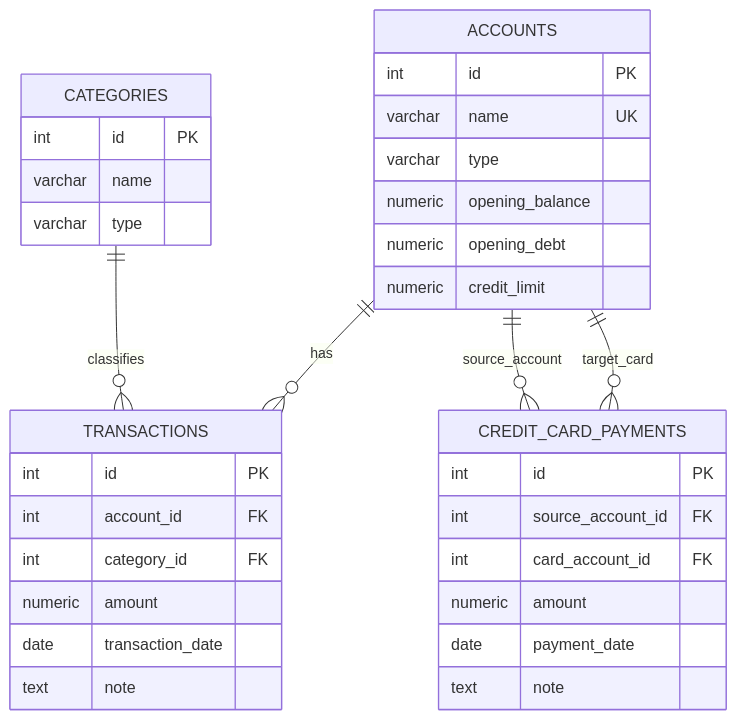
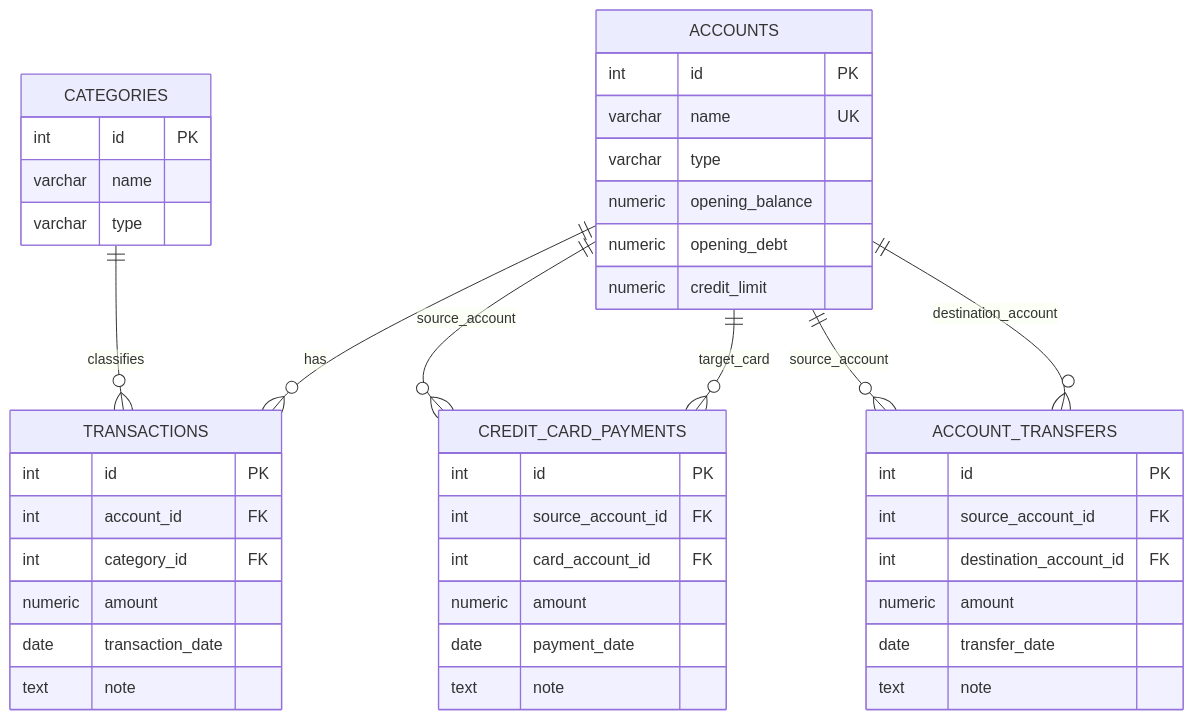
One commit to Jeysibn/monikey changed the second of 3 diagrams in docs/architecture/TLD.md. Above: the diagram before and after it, drawn with Mermaid. The commit also changed other lines of this file and 34 other files, not shown here.

Commit message:
feat(accounts): add liquid account transfers

````diff
--- a/docs/architecture/TLD.md
+++ b/docs/architecture/TLD.md
@@ -173,36 +173,46 @@
 ```mermaid
 erDiagram
     ACCOUNTS ||--o{ TRANSACTIONS : has
     CATEGORIES ||--o{ TRANSACTIONS : classifies
     ACCOUNTS ||--o{ CREDIT_CARD_PAYMENTS : source_account
     ACCOUNTS ||--o{ CREDIT_CARD_PAYMENTS : target_card
+    ACCOUNTS ||--o{ ACCOUNT_TRANSFERS : source_account
+    ACCOUNTS ||--o{ ACCOUNT_TRANSFERS : destination_account
     ACCOUNTS {
       int id PK
       varchar name UK
       varchar type
       numeric opening_balance
       numeric opening_debt
       numeric credit_limit
     }
     CATEGORIES {
       int id PK
       varchar name
       varchar type
     }
     TRANSACTIONS {
       int id PK
       int account_id FK
       int category_id FK
       numeric amount
       date transaction_date
       text note
     }
     CREDIT_CARD_PAYMENTS {
       int id PK
       int source_account_id FK
       int card_account_id FK
       numeric amount
       date payment_date
       text note
     }
+    ACCOUNT_TRANSFERS {
+      int id PK
+      int source_account_id FK
+      int destination_account_id FK
+      numeric amount
+      date transfer_date
+      text note
+    }
 ```
````
